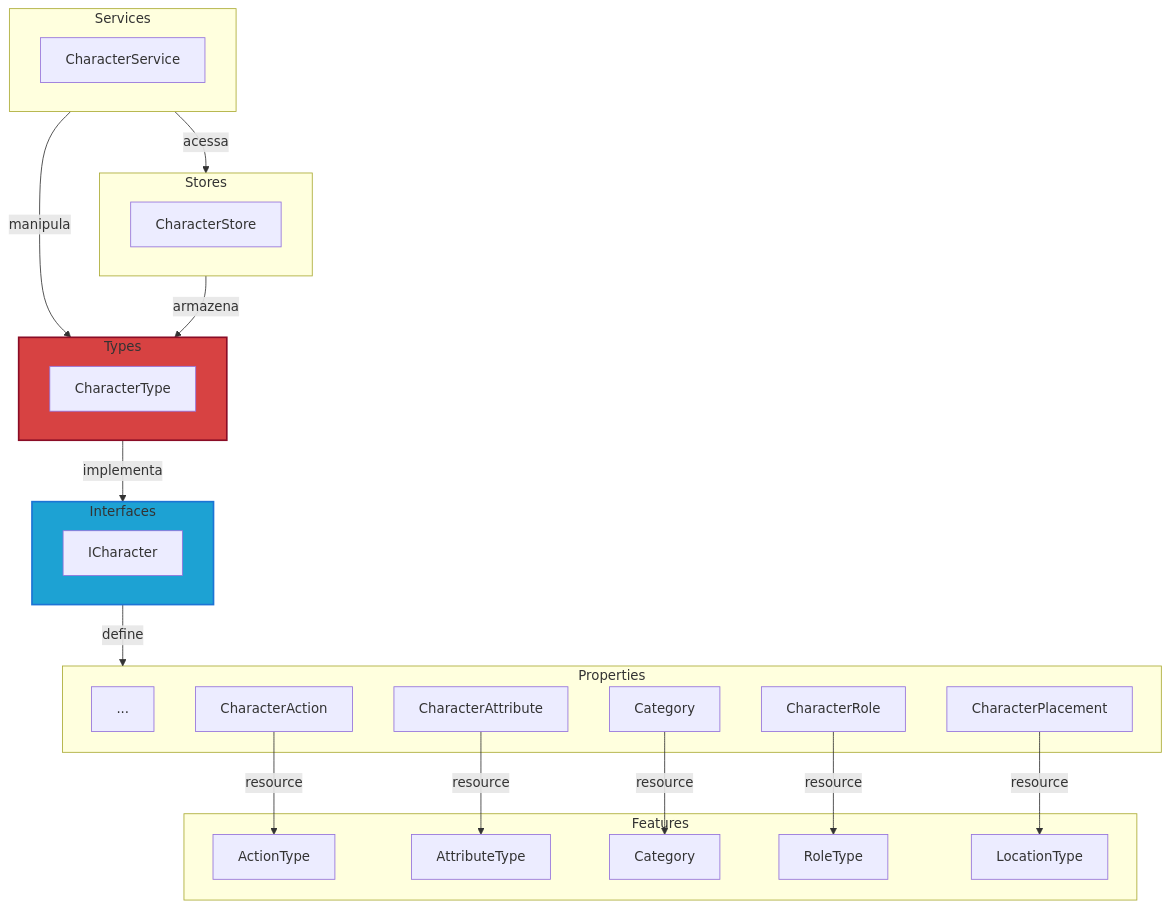
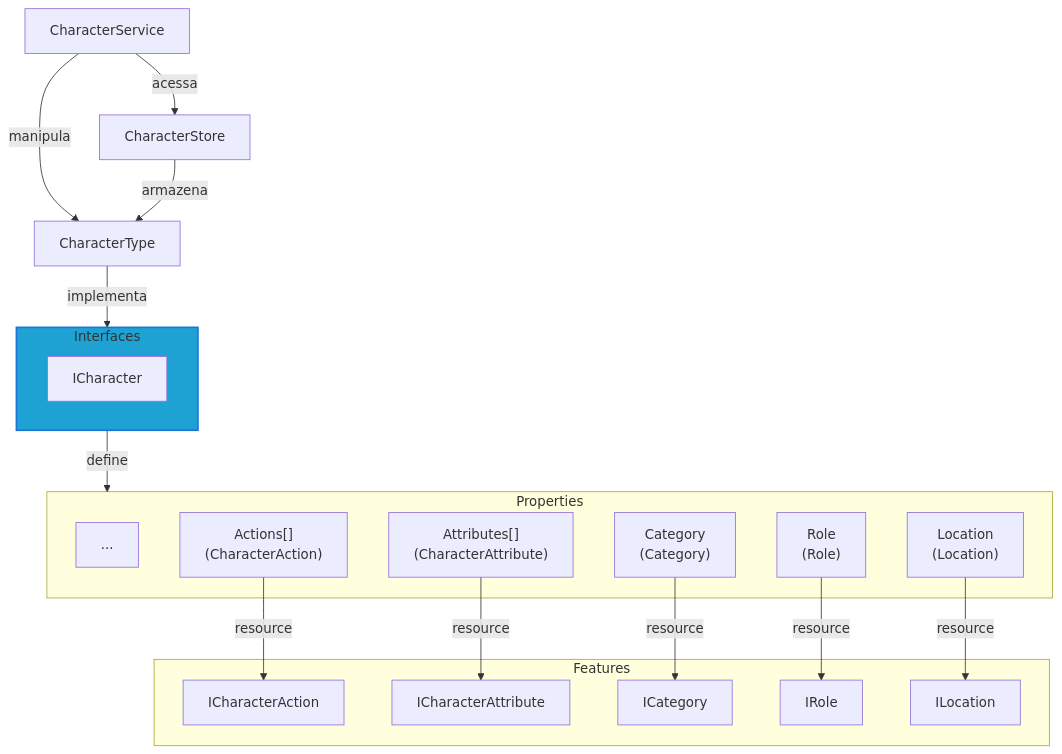
One commit to Space-Wizard-Studios/sw-game-dice-rolling changed the diagram in docs/content/architecture/02-features/characters.md. Above: the diagram before and after it, drawn with Mermaid. The commit also changed 1 other file, not shown here.

Commit message:
Add resources documentation and update character feature diagrams

````diff
--- a/docs/content/architecture/02-features/characters.md
+++ b/docs/content/architecture/02-features/characters.md
@@ -9,52 +9,45 @@
 ```mermaid
 flowchart
     subgraph Interfaces
         ICharacter
     end
 
-    subgraph Types
-        CharacterType
-    end
+    CharacterType
 
-    subgraph Services["Services"]
-        CharacterService
-    end
+    CharacterService
 
-    subgraph Stores["Stores"]
-        CharacterStore
-    end
+    CharacterStore
 
     subgraph Properties
-        ...
-        CharacterAction
-        CharacterAttribute
-        Category
-        CharacterRole
-        CharacterPlacement
+        Other["..."]
+        CharacterAction["Actions[]<br>(CharacterAction)"]
+        CharacterAttribute["Attributes[]<br>(CharacterAttribute)"]
+        Category["Category<br>(Category)"]
+        Role["Role<br>(Role)"]
+        Location["Location<br>(Location)"]
     end
 
     subgraph Features
-        ActionFeature[ActionType]
-        AttributeFeature[AttributeType]
-        CategoryFeature[Category]
-        RoleFeature[RoleType]
-        LocationFeature[LocationType]
+        ActionFeature[ICharacterAction]
+        AttributeFeature[ICharacterAttribute]
+        CategoryFeature[ICategory]
+        RoleFeature[IRole]
+        LocationFeature[ILocation]
     end
 
-    Types-->|implementa|Interfaces
+    CharacterType-->|implementa|Interfaces
 
     Interfaces-->|define|Properties
 
-    Services-->|manipula|Types
-    Services-->|acessa|Stores
-    Stores-->|armazena|Types
+    CharacterService-->|manipula|CharacterType
+    CharacterService-->|acessa|CharacterStore
+    CharacterStore-->|armazena|CharacterType
 
     CharacterAction-->|resource|ActionFeature
     CharacterAttribute-->|resource|AttributeFeature
     Category-->|resource|CategoryFeature
-    CharacterRole-->|resource|RoleFeature
-    CharacterPlacement-->|resource|LocationFeature
+    Role-->|resource|RoleFeature
+    Location-->|resource|LocationFeature
 
-    style Types fill:#d74242,stroke:#8a0d26,stroke-width:2px;
     style Interfaces fill:#1da2d3,stroke:#1c74d5,stroke-width:2px;
 ```
````
